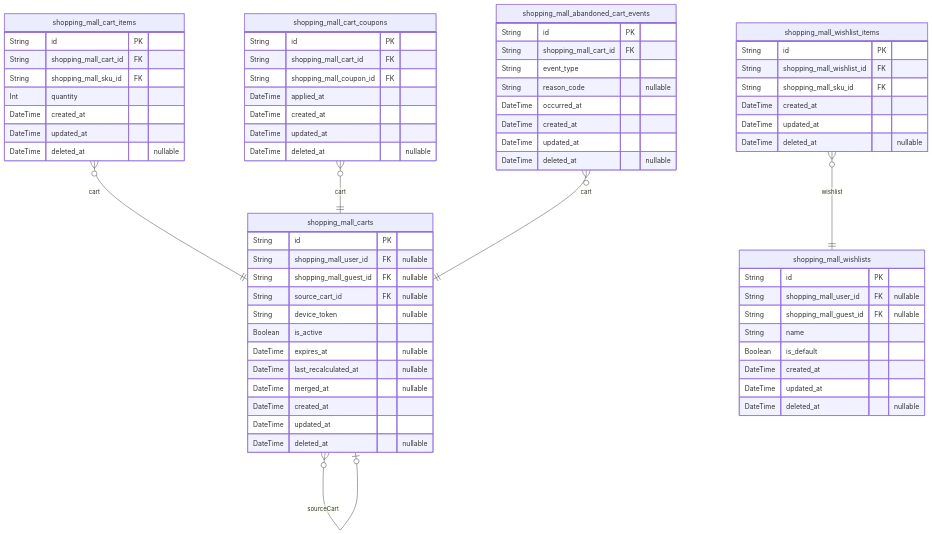
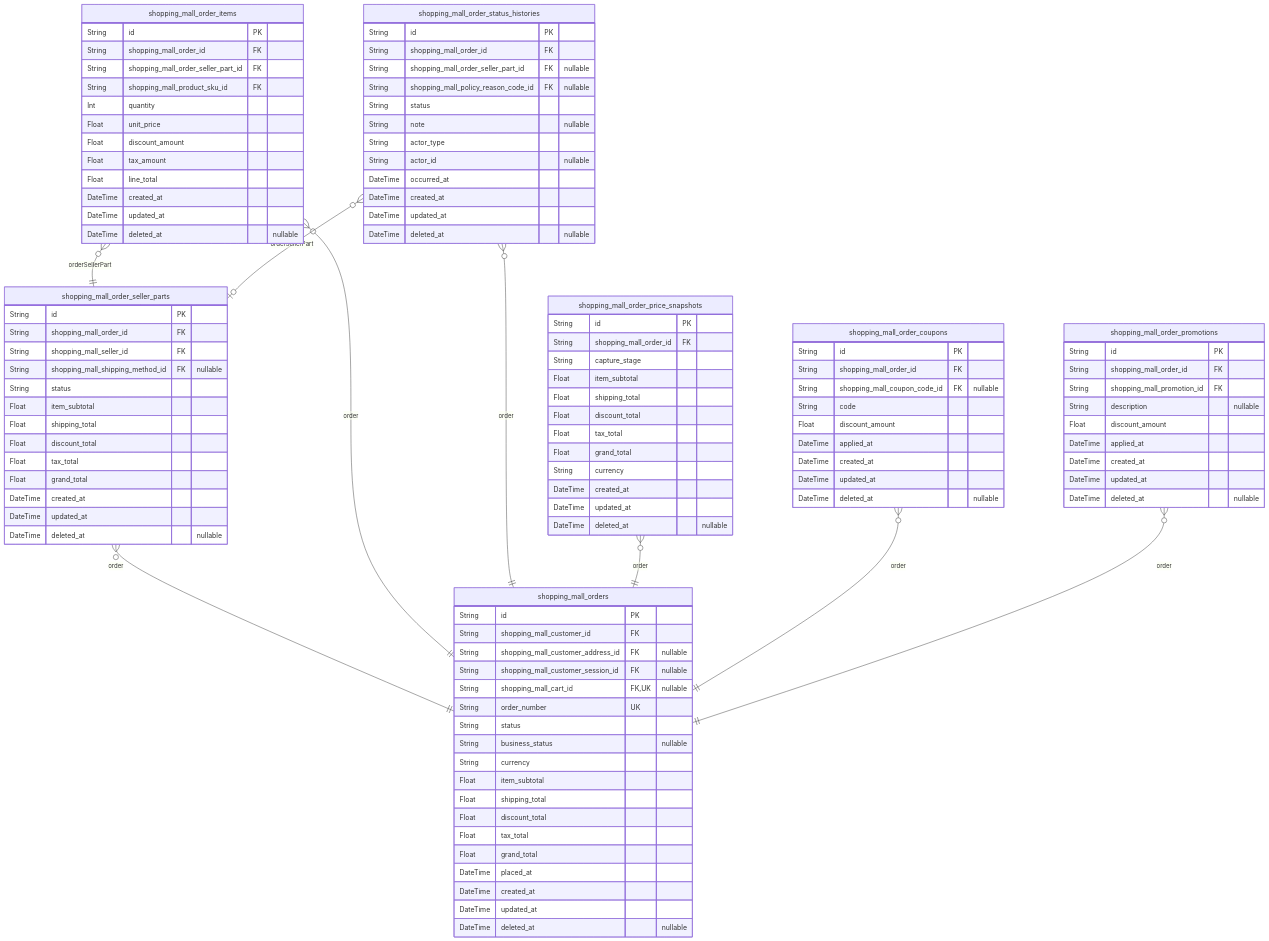
One commit to wrtnlabs/autobe-examples changed the sixth of 13 diagrams in openai/gpt-5/shopping/docs/ERD.md. Above: the diagram before and after it, drawn with Mermaid. The commit also changed other lines of this file and 16146 other files, not shown here.

````diff
--- a/openai/gpt-5/shopping/docs/ERD.md
+++ b/openai/gpt-5/shopping/docs/ERD.md
@@ -1613,68 +1831,110 @@
 ```mermaid
 erDiagram
-"shopping_mall_carts" {
+"shopping_mall_orders" {
   String id PK
-  String shopping_mall_user_id FK "nullable"
-  String shopping_mall_guest_id FK "nullable"
-  String source_cart_id FK "nullable"
-  String device_token "nullable"
-  Boolean is_active
-  DateTime expires_at "nullable"
-  DateTime last_recalculated_at "nullable"
-  DateTime merged_at "nullable"
+  String shopping_mall_customer_id FK
+  String shopping_mall_customer_address_id FK "nullable"
+  String shopping_mall_customer_session_id FK "nullable"
+  String shopping_mall_cart_id FK,UK "nullable"
+  String order_number UK
+  String status
+  String business_status "nullable"
+  String currency
+  Float item_subtotal
+  Float shipping_total
+  Float discount_total
+  Float tax_total
+  Float grand_total
+  DateTime placed_at
   DateTime created_at
   DateTime updated_at
   DateTime deleted_at "nullable"
 }
-"shopping_mall_cart_items" {
+"shopping_mall_order_seller_parts" {
   String id PK
-  String shopping_mall_cart_id FK
-  String shopping_mall_sku_id FK
-  Int quantity
+  String shopping_mall_order_id FK
+  String shopping_mall_seller_id FK
+  String shopping_mall_shipping_method_id FK "nullable"
+  String status
+  Float item_subtotal
+  Float shipping_total
+  Float discount_total
+  Float tax_total
+  Float grand_total
   DateTime created_at
   DateTime updated_at
   DateTime deleted_at "nullable"
 }
-"shopping_mall_cart_coupons" {
+"shopping_mall_order_items" {
   String id PK
-  String shopping_mall_cart_id FK
-  String shopping_mall_coupon_id FK
+  String shopping_mall_order_id FK
+  String shopping_mall_order_seller_part_id FK
+  String shopping_mall_product_sku_id FK
+  Int quantity
+  Float unit_price
+  Float discount_amount
+  Float tax_amount
+  Float line_total
+  DateTime created_at
+  DateTime updated_at
+  DateTime deleted_at "nullable"
+}
+"shopping_mall_order_status_histories" {
+  String id PK
+  String shopping_mall_order_id FK
+  String shopping_mall_order_seller_part_id FK "nullable"
+  String shopping_mall_policy_reason_code_id FK "nullable"
+  String status
+  String note "nullable"
+  String actor_type
+  String actor_id "nullable"
+  DateTime occurred_at
+  DateTime created_at
+  DateTime updated_at
+  DateTime deleted_at "nullable"
+}
+"shopping_mall_order_price_snapshots" {
+  String id PK
+  String shopping_mall_order_id FK
+  String capture_stage
+  Float item_subtotal
+  Float shipping_total
+  Float discount_total
+  Float tax_total
+  Float grand_total
+  String currency
+  DateTime created_at
+  DateTime updated_at
+  DateTime deleted_at "nullable"
+}
+"shopping_mall_order_coupons" {
+  String id PK
+  String shopping_mall_order_id FK
+  String shopping_mall_coupon_code_id FK "nullable"
+  String code
+  Float discount_amount
   DateTime applied_at
   DateTime created_at
   DateTime updated_at
   DateTime deleted_at "nullable"
 }
-"shopping_mall_wishlists" {
+"shopping_mall_order_promotions" {
   String id PK
-  String shopping_mall_user_id FK "nullable"
-  String shopping_mall_guest_id FK "nullable"
-  String name
-  Boolean is_default
+  String shopping_mall_order_id FK
+  String shopping_mall_promotion_id FK
+  String description "nullable"
+  Float discount_amount
+  DateTime applied_at
   DateTime created_at
   DateTime updated_at
   DateTime deleted_at "nullable"
 }
-"shopping_mall_wishlist_items" {
-  String id PK
-  String shopping_mall_wishlist_id FK
-  String shopping_mall_sku_id FK
-  DateTime created_at
-  DateTime updated_at
-  DateTime deleted_at "nullable"
-}
-"shopping_mall_abandoned_cart_events" {
-  String id PK
-  String shopping_mall_cart_id FK
-  String event_type
-  String reason_code "nullable"
-  DateTime occurred_at
-  DateTime created_at
-  DateTime updated_at
-  DateTime deleted_at "nullable"
-}
-"shopping_mall_carts" }o--o| "shopping_mall_carts" : sourceCart
-"shopping_mall_cart_items" }o--|| "shopping_mall_carts" : cart
-"shopping_mall_cart_coupons" }o--|| "shopping_mall_carts" : cart
-"shopping_mall_wishlist_items" }o--|| "shopping_mall_wishlists" : wishlist
-"shopping_mall_abandoned_cart_events" }o--|| "shopping_mall_carts" : cart
+"shopping_mall_order_seller_parts" }o--|| "shopping_mall_orders" : order
+"shopping_mall_order_items" }o--|| "shopping_mall_orders" : order
+"shopping_mall_order_items" }o--|| "shopping_mall_order_seller_parts" : orderSellerPart
+"shopping_mall_order_status_histories" }o--|| "shopping_mall_orders" : order
+"shopping_mall_order_status_histories" }o--o| "shopping_mall_order_seller_parts" : orderSellerPart
+"shopping_mall_order_price_snapshots" }o--|| "shopping_mall_orders" : order
+"shopping_mall_order_coupons" }o--|| "shopping_mall_orders" : order
+"shopping_mall_order_promotions" }o--|| "shopping_mall_orders" : order
 ```
````
